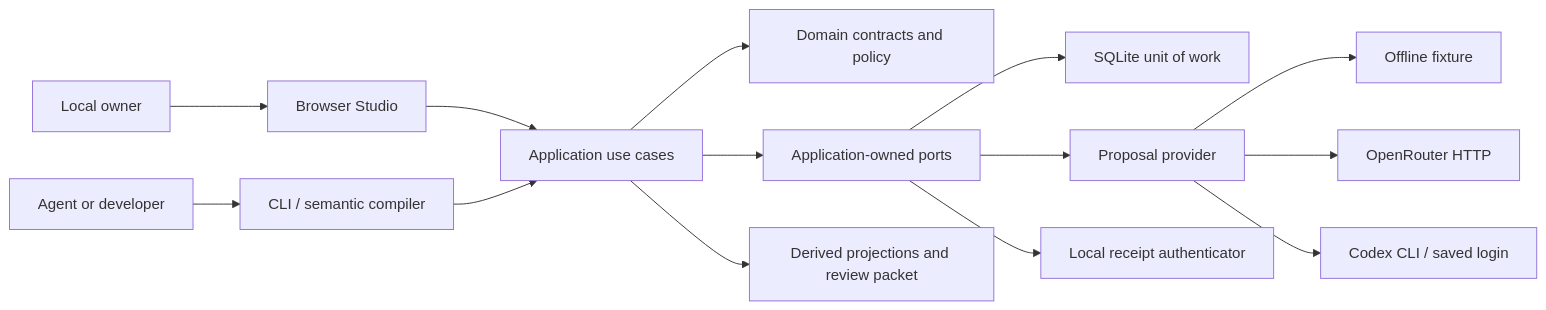
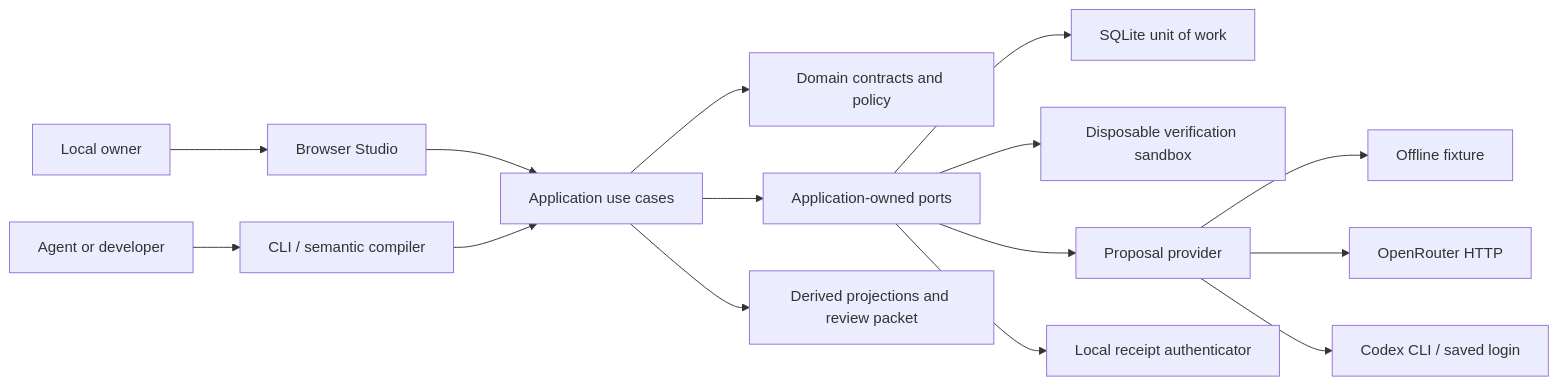
Before and after one commit to 45ck/eija-studio: the first of 2 diagrams in docs/architecture/ARCHITECTURE.md, drawn with Mermaid. The commit also changed other lines of this file and 11 other files, not shown here.

````diff
--- a/docs/architecture/ARCHITECTURE.md
+++ b/docs/architecture/ARCHITECTURE.md
@@ -5,16 +5,17 @@
 ```mermaid
 flowchart LR
     Human[Local owner] --> UI[Browser Studio]
     Agent[Agent or developer] --> CLI[CLI / semantic compiler]
     UI --> App[Application use cases]
     CLI --> App
     App --> Domain[Domain contracts and policy]
     App --> Ports[Application-owned ports]
     Ports --> Store[SQLite unit of work]
+    Ports --> Sandbox[Disposable verification sandbox]
     Ports --> Propose[Proposal provider]
     Propose --> Offline[Offline fixture]
     Propose --> OR[OpenRouter HTTP]
     Propose --> Codex[Codex CLI / saved login]
     Ports --> Seals[Local receipt authenticator]
     App --> Views[Derived projections and review packet]
 ```
````
